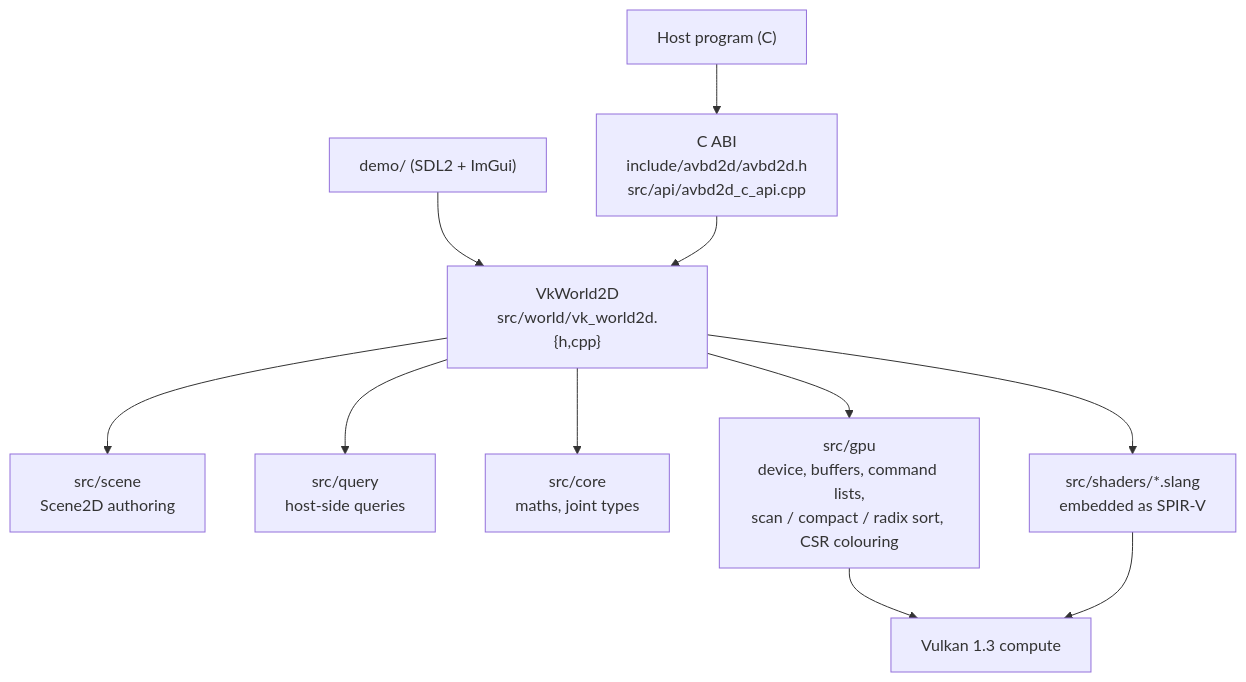
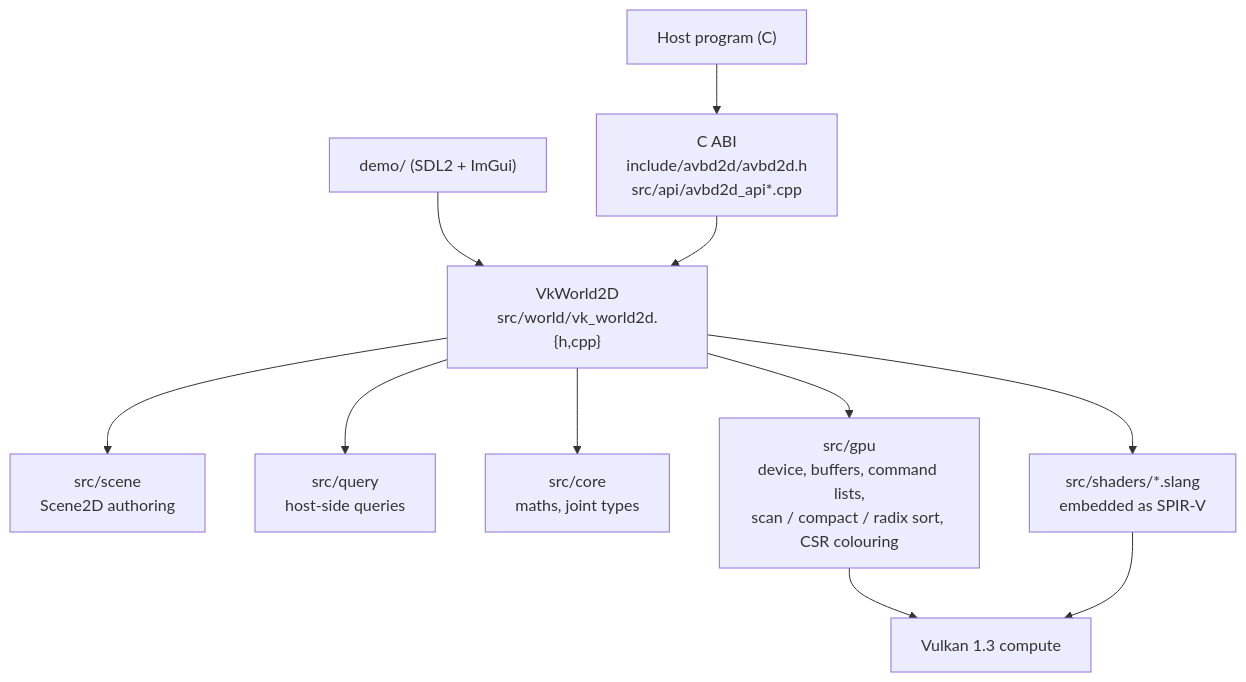
One commit to 5weetdev/AVBD-2D-Physics-Engine-Vulkan changed the diagram in docs/architecture.md. Above: the diagram before and after it, drawn with Mermaid. The commit also changed other lines of this file and 5 other files, not shown here.

````diff
--- a/docs/architecture.md
+++ b/docs/architecture.md
@@ -12,13 +12,13 @@
 ```mermaid
 flowchart TB
-    game["Host program (C)"] --> abi["C ABI<br/>include/avbd2d/avbd2d.h<br/>src/api/avbd2d_c_api.cpp"]
+    game["Host program (C)"] --> abi["C ABI<br/>include/avbd2d/avbd2d.h<br/>src/api/avbd2d_api*.cpp"]
     demo["demo/ (SDL2 + ImGui)"] --> world
     abi --> world["VkWorld2D<br/>src/world/vk_world2d.{h,cpp}"]
     world --> scene["src/scene<br/>Scene2D authoring"]
     world --> query["src/query<br/>host-side queries"]
     world --> core["src/core<br/>maths, joint types"]
     world --> gpu["src/gpu<br/>device, buffers, command lists,<br/>scan / compact / radix sort, CSR colouring"]
     world --> kernels["src/shaders/*.slang<br/>embedded as SPIR-V"]
     gpu --> vk["Vulkan 1.3 compute"]
     kernels --> vk
 ```
````
